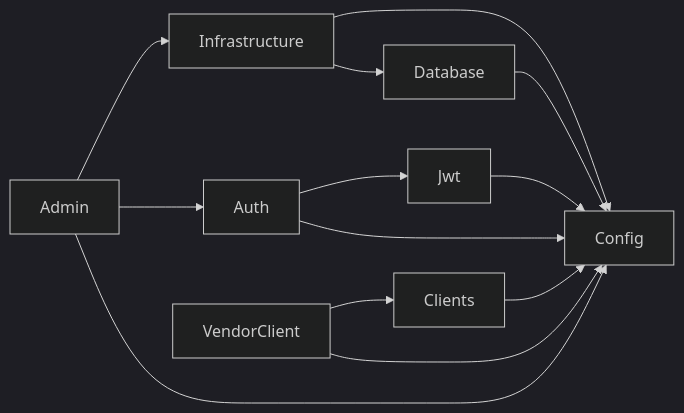
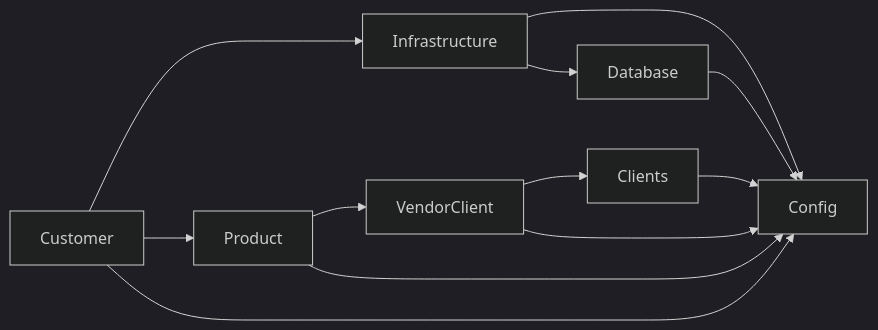
Before and after one commit to andriamirul/nestjs-e-procurement: the first of 2 diagrams in README.md, drawn with Mermaid (dark theme). The commit also changed 6 other files, not shown here.

````diff
--- a/README.md
+++ b/README.md
@@ -91,15 +91,14 @@
 ```mermaid
 graph LR
-  Admin-->Infrastructure
+  Customer-->Infrastructure
   Infrastructure-->Config
   Infrastructure-->Database
   Database-->Config
-  Admin-->Auth
-  Auth-->Jwt
-  Jwt-->Config
-  Auth-->Config
+  Customer-->Product
+  Product-->VendorClient
   VendorClient-->Clients
   Clients-->Config
   VendorClient-->Config
-  Admin-->Config
+  Product-->Config
+  Customer-->Config
 ```
````
